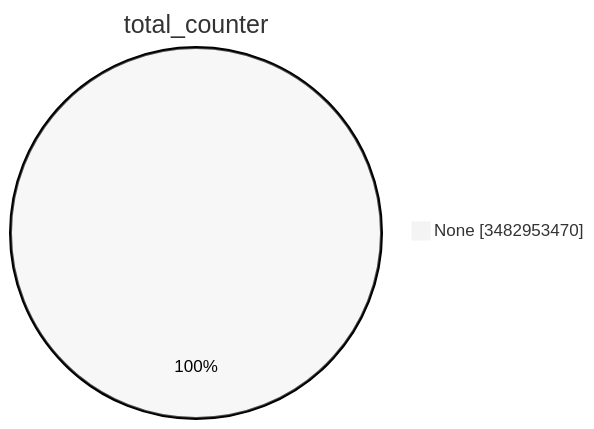
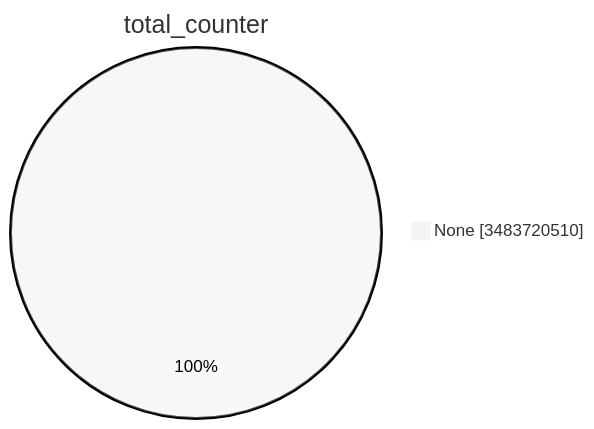
One commit to christiankrug/ctmonitor_visualization changed the first of 15 diagrams in TOTAL/README.md. Above: the diagram before and after it, drawn with Mermaid (neutral theme). The commit also changed other lines of this file, not shown here.

````diff
--- a/TOTAL/README.md
+++ b/TOTAL/README.md
@@ -1,5 +1,5 @@
 ```mermaid
 pie showData
 title total_counter
-"None" :3482953470
+"None" :3483720510
 ```
````
